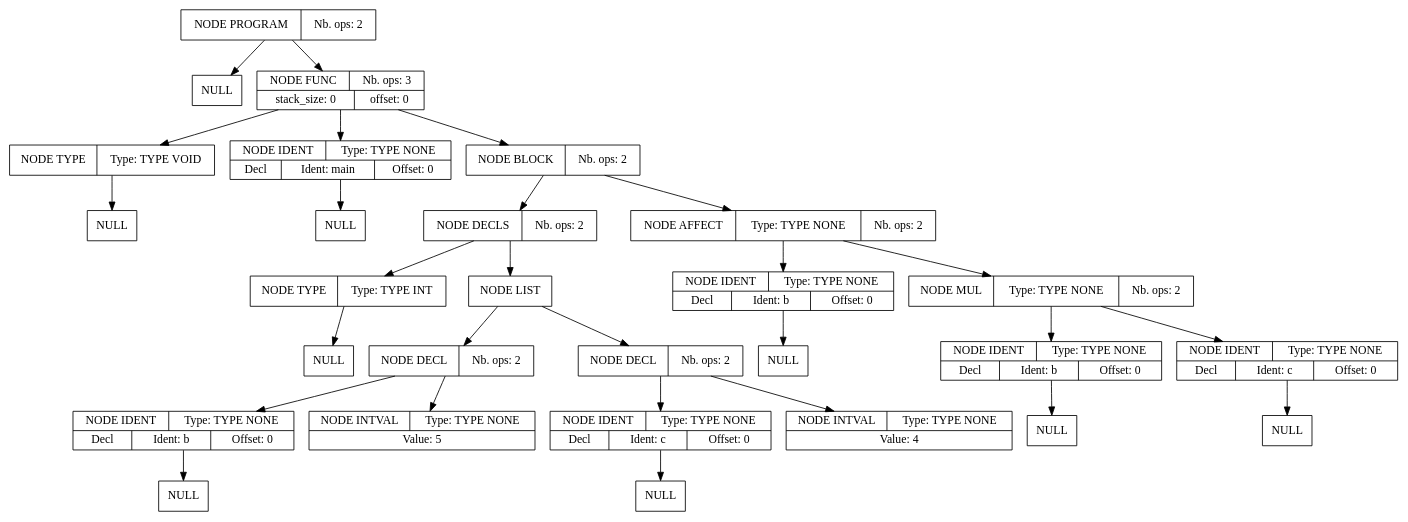
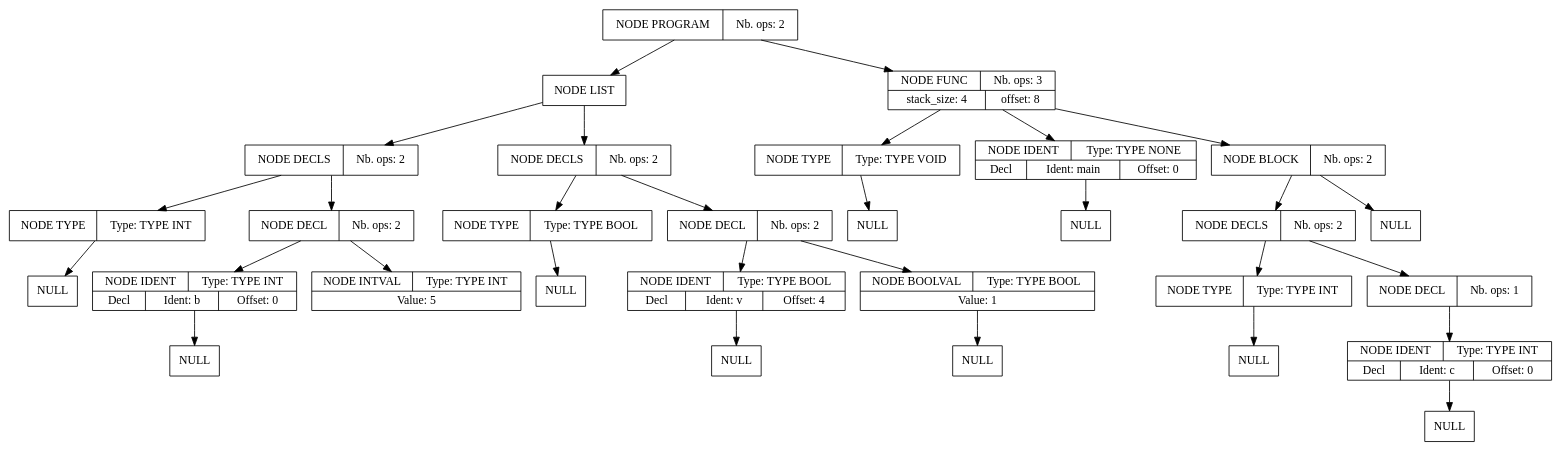
The diagram in src/post_pass1.dot (Harian-Elyoth/CompilateurMiniC), drawn with Graphviz before and after one commit. The commit also changed 24 other files, not shown here.

```diff
--- a/src/post_pass1.dot
+++ b/src/post_pass1.dot
@@ -1,84 +1,90 @@
 digraph global_vars {
     N1 [shape=record, label="{{NODE PROGRAM|Nb. ops: 2}}"];
-    N2 [shape=record, label="{{NULL}}"];
-    edge[tailclip=true];
-    N1 -> N2
-    N3 [shape=record, label="{{NODE FUNC|Nb. ops: 3}|{stack_size: 0|offset: 0}}"];
-    N4 [shape=record, label="{{NODE TYPE|Type: TYPE VOID}}"];
+    N2 [shape=record, label="{{NODE LIST}}"];
+    N3 [shape=record, label="{{NODE DECLS|Nb. ops: 2}}"];
+    N4 [shape=record, label="{{NODE TYPE|Type: TYPE INT}}"];
     N5 [shape=record, label="{{NULL}}"];
     edge[tailclip=true];
     N4 -> N5
     edge[tailclip=true];
     N3 -> N4
-    N6 [shape=record, label="{{NODE IDENT|Type: TYPE NONE}|{<decl>Decl      |Ident: main|Offset: 0}}"];
-    N7 [shape=record, label="{{NULL}}"];
+    N6 [shape=record, label="{{NODE DECL|Nb. ops: 2}}"];
+    N7 [shape=record, label="{{NODE IDENT|Type: TYPE INT}|{<decl>Decl      |Ident: b|Offset: 0}}"];
+    N8 [shape=record, label="{{NULL}}"];
+    edge[tailclip=true];
+    N7 -> N8
     edge[tailclip=true];
     N6 -> N7
+    N9 [shape=record, label="{{NODE INTVAL|Type: TYPE INT}|{Value: 5}}"];
+    edge[tailclip=true];
+    N6 -> N9
     edge[tailclip=true];
     N3 -> N6
-    N8 [shape=record, label="{{NODE BLOCK|Nb. ops: 2}}"];
-    N9 [shape=record, label="{{NODE DECLS|Nb. ops: 2}}"];
-    N10 [shape=record, label="{{NODE TYPE|Type: TYPE INT}}"];
-    N11 [shape=record, label="{{NULL}}"];
+    edge[tailclip=true];
+    N2 -> N3
+    N10 [shape=record, label="{{NODE DECLS|Nb. ops: 2}}"];
+    N11 [shape=record, label="{{NODE TYPE|Type: TYPE BOOL}}"];
+    N12 [shape=record, label="{{NULL}}"];
+    edge[tailclip=true];
+    N11 -> N12
     edge[tailclip=true];
     N10 -> N11
-    edge[tailclip=true];
-    N9 -> N10
-    N12 [shape=record, label="{{NODE LIST}}"];
     N13 [shape=record, label="{{NODE DECL|Nb. ops: 2}}"];
-    N14 [shape=record, label="{{NODE IDENT|Type: TYPE NONE}|{<decl>Decl      |Ident: b|Offset: 0}}"];
+    N14 [shape=record, label="{{NODE IDENT|Type: TYPE BOOL}|{<decl>Decl      |Ident: v|Offset: 4}}"];
     N15 [shape=record, label="{{NULL}}"];
     edge[tailclip=true];
     N14 -> N15
     edge[tailclip=true];
     N13 -> N14
-    N16 [shape=record, label="{{NODE INTVAL|Type: TYPE NONE}|{Value: 5}}"];
+    N16 [shape=record, label="{{NODE BOOLVAL|Type: TYPE BOOL}|{Value: 1}}"];
+    N17 [shape=record, label="{{NULL}}"];
+    edge[tailclip=true];
+    N16 -> N17
     edge[tailclip=true];
     N13 -> N16
     edge[tailclip=true];
-    N12 -> N13
-    N17 [shape=record, label="{{NODE DECL|Nb. ops: 2}}"];
-    N18 [shape=record, label="{{NODE IDENT|Type: TYPE NONE}|{<decl>Decl      |Ident: c|Offset: 0}}"];
-    N19 [shape=record, label="{{NULL}}"];
+    N10 -> N13
+    edge[tailclip=true];
+    N2 -> N10
+    edge[tailclip=true];
+    N1 -> N2
+    N18 [shape=record, label="{{NODE FUNC|Nb. ops: 3}|{stack_size: 4|offset: 8}}"];
+    N19 [shape=record, label="{{NODE TYPE|Type: TYPE VOID}}"];
+    N20 [shape=record, label="{{NULL}}"];
+    edge[tailclip=true];
+    N19 -> N20
     edge[tailclip=true];
     N18 -> N19
-    edge[tailclip=true];
-    N17 -> N18
-    N20 [shape=record, label="{{NODE INTVAL|Type: TYPE NONE}|{Value: 4}}"];
-    edge[tailclip=true];
-    N17 -> N20
-    edge[tailclip=true];
-    N12 -> N17
-    edge[tailclip=true];
-    N9 -> N12
-    edge[tailclip=true];
-    N8 -> N9
-    N21 [shape=record, label="{{NODE AFFECT|Type: TYPE NONE|Nb. ops: 2}}"];
-    N22 [shape=record, label="{{NODE IDENT|Type: TYPE NONE}|{<decl>Decl      |Ident: b|Offset: 0}}"];
-    N23 [shape=record, label="{{NULL}}"];
-    edge[tailclip=true];
-    N22 -> N23
+    N21 [shape=record, label="{{NODE IDENT|Type: TYPE NONE}|{<decl>Decl      |Ident: main|Offset: 0}}"];
+    N22 [shape=record, label="{{NULL}}"];
     edge[tailclip=true];
     N21 -> N22
-    N24 [shape=record, label="{{NODE MUL|Type: TYPE NONE|Nb. ops: 2}}"];
-    N25 [shape=record, label="{{NODE IDENT|Type: TYPE NONE}|{<decl>Decl      |Ident: b|Offset: 0}}"];
+    edge[tailclip=true];
+    N18 -> N21
+    N23 [shape=record, label="{{NODE BLOCK|Nb. ops: 2}}"];
+    N24 [shape=record, label="{{NODE DECLS|Nb. ops: 2}}"];
+    N25 [shape=record, label="{{NODE TYPE|Type: TYPE INT}}"];
     N26 [shape=record, label="{{NULL}}"];
     edge[tailclip=true];
     N25 -> N26
     edge[tailclip=true];
     N24 -> N25
-    N27 [shape=record, label="{{NODE IDENT|Type: TYPE NONE}|{<decl>Decl      |Ident: c|Offset: 0}}"];
-    N28 [shape=record, label="{{NULL}}"];
+    N27 [shape=record, label="{{NODE DECL|Nb. ops: 1}}"];
+    N28 [shape=record, label="{{NODE IDENT|Type: TYPE INT}|{<decl>Decl      |Ident: c|Offset: 0}}"];
+    N29 [shape=record, label="{{NULL}}"];
+    edge[tailclip=true];
+    N28 -> N29
     edge[tailclip=true];
     N27 -> N28
     edge[tailclip=true];
     N24 -> N27
     edge[tailclip=true];
-    N21 -> N24
+    N23 -> N24
+    N30 [shape=record, label="{{NULL}}"];
     edge[tailclip=true];
-    N8 -> N21
+    N23 -> N30
     edge[tailclip=true];
-    N3 -> N8
+    N18 -> N23
     edge[tailclip=true];
-    N1 -> N3
+    N1 -> N18
 }
```
